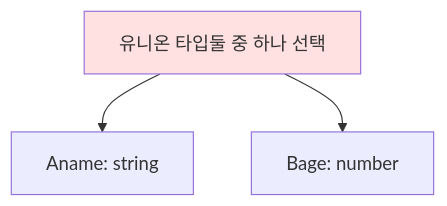
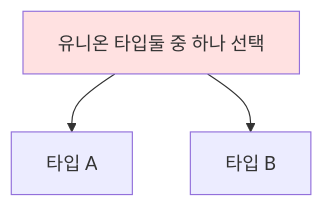
Before and after one commit to yangchanghun/Woowahan-ts-with-React: the third of 3 diagrams in doeun/2장 타입/3장_고급_타입.md, drawn with Mermaid. The commit also changed other lines of this file, not shown here.

````diff
--- a/doeun/2장 타입/3장_고급_타입.md
+++ b/doeun/2장 타입/3장_고급_타입.md
@@ -291,8 +306,8 @@
 ```mermaid
 graph TB
     D[유니온 타입둘 중 하나 선택]
-    D --> A[Aname: string]
-    D --> B[Bage: number]
+    D --> A[타입 A]
+    D --> B[타입 B]
     
     style D fill:#ffe1e1
 ```
````
